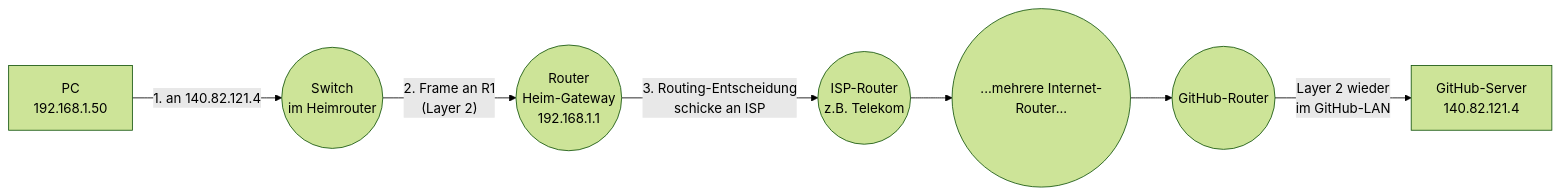
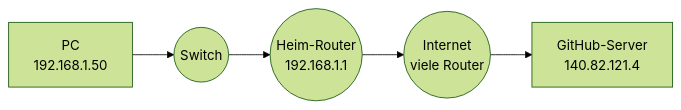
Before and after one commit to JacobMenge/kurs-unterlagen: the fourth of 4 diagrams in docs/netzwerke/routing-und-switching.md, drawn with Mermaid (forest theme). The commit also changed other lines of this file and 76 other files, not shown here.

````diff
--- a/docs/netzwerke/routing-und-switching.md
+++ b/docs/netzwerke/routing-und-switching.md
@@ -262,17 +262,9 @@
 ```mermaid
 flowchart LR
   PC["PC<br/>192.168.1.50"]
-  SW(("Switch<br/>im Heimrouter"))
-  R1(("Router<br/>Heim-Gateway<br/>192.168.1.1"))
-  R2(("ISP-Router<br/>z.B. Telekom"))
-  R3(("...mehrere Internet-Router..."))
-  R4(("GitHub-Router"))
+  SW(("Switch"))
+  R1(("Heim-Router<br/>192.168.1.1"))
+  NET(("Internet<br/>viele Router"))
   WEB["GitHub-Server<br/>140.82.121.4"]
-  
-  PC -- "1. an 140.82.121.4" --> SW
-  SW -- "2. Frame an R1<br/>(Layer 2)" --> R1
-  R1 -- "3. Routing-Entscheidung<br/>schicke an ISP" --> R2
-  R2 --> R3
-  R3 --> R4
-  R4 -- "Layer 2 wieder<br/>im GitHub-LAN" --> WEB
+  PC --> SW --> R1 --> NET --> WEB
 ```
````
